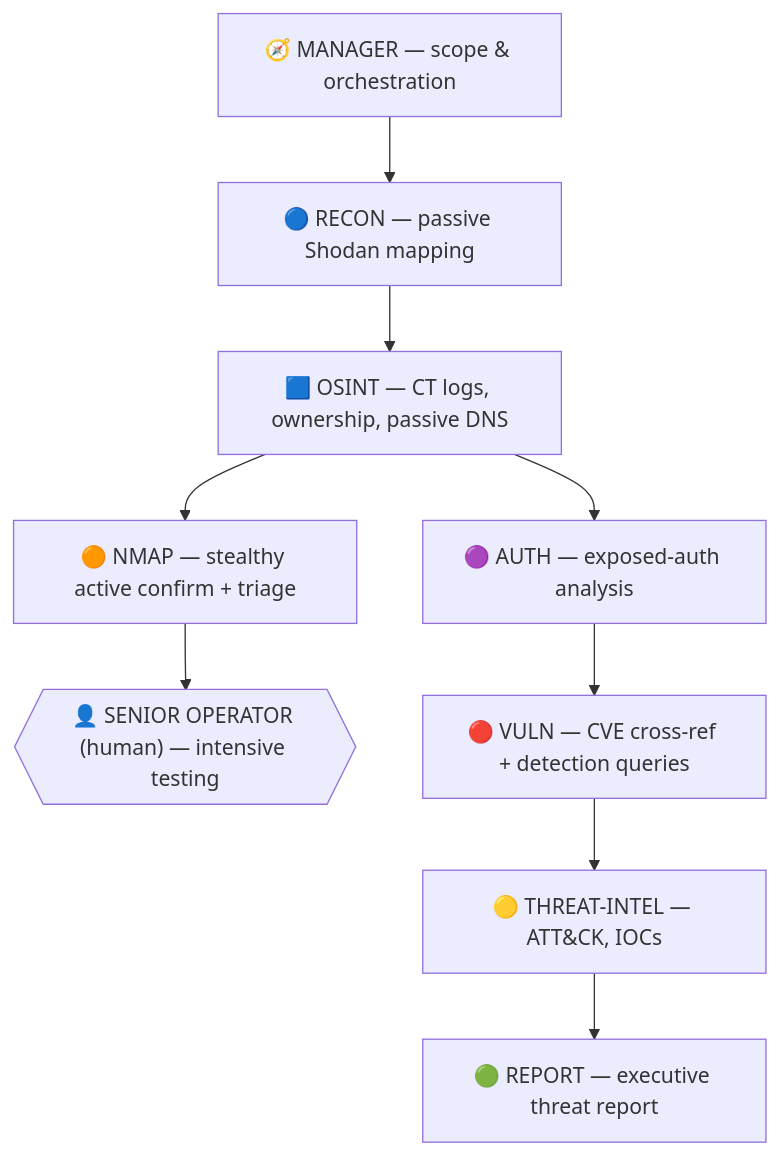
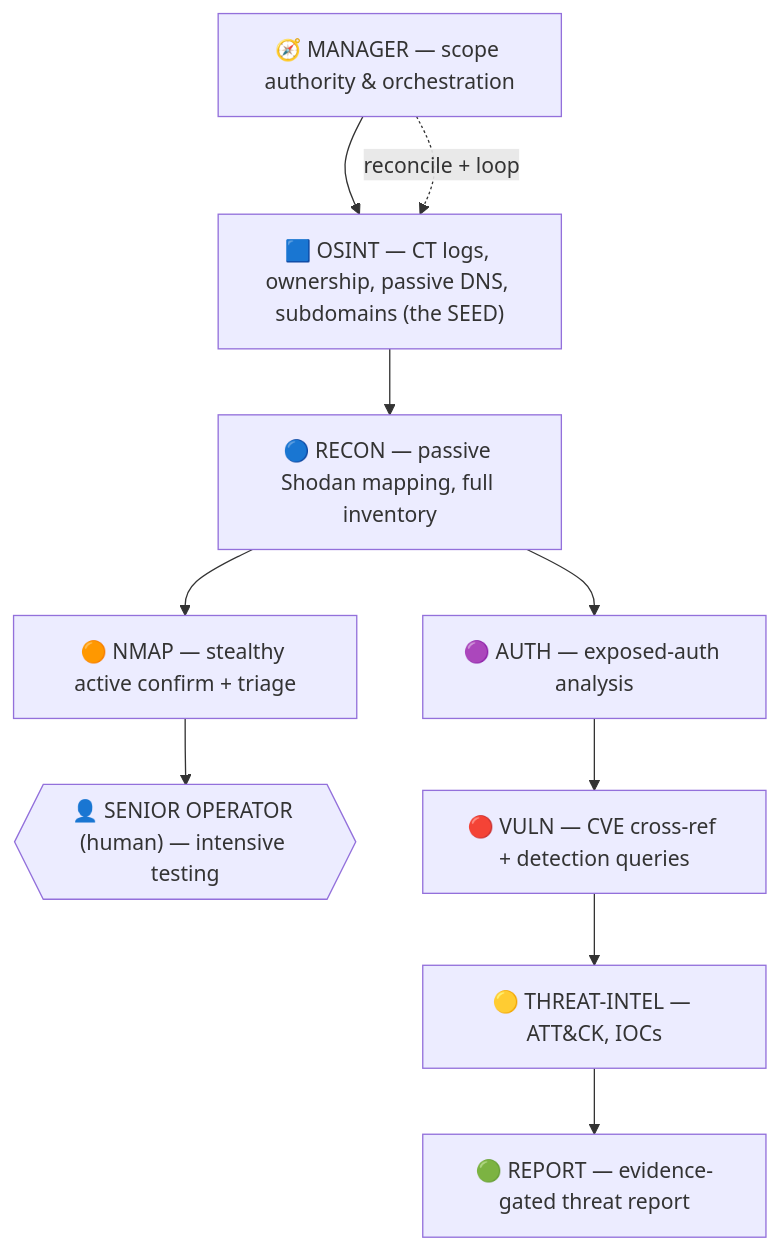
The second of 2 diagrams in README.md (maaamamia/shodansnipe_crew-v2), drawn with Mermaid before and after one commit. The commit also changed other lines of this file, not shown here.

````diff
--- a/README.md
+++ b/README.md
@@ -104,14 +131,15 @@
 ```mermaid
 flowchart TD
-    MGR["🧭 MANAGER — scope &amp; orchestration"]
-    R["🔵 RECON — passive Shodan mapping"]
-    O["🟦 OSINT — CT logs, ownership, passive DNS"]
+    MGR["🧭 MANAGER — scope authority &amp; orchestration"]
+    R["🔵 RECON — passive Shodan mapping, full inventory"]
+    O["🟦 OSINT — CT logs, ownership, passive DNS, subdomains (the SEED)"]
     N["🟠 NMAP — stealthy active confirm + triage"]
     H{{"👤 SENIOR OPERATOR (human) — intensive testing"}}
     A["🟣 AUTH — exposed-auth analysis"]
     V["🔴 VULN — CVE cross-ref + detection queries"]
     T["🟡 THREAT-INTEL — ATT&CK, IOCs"]
-    REP["🟢 REPORT — executive threat report"]
-    MGR --> R --> O --> N --> H
-    O --> A --> V --> T --> REP
+    REP["🟢 REPORT — evidence-gated threat report"]
+    MGR --> O --> R --> N --> H
+    MGR -.reconcile + loop.-> O
+    R --> A --> V --> T --> REP
 ```
````
